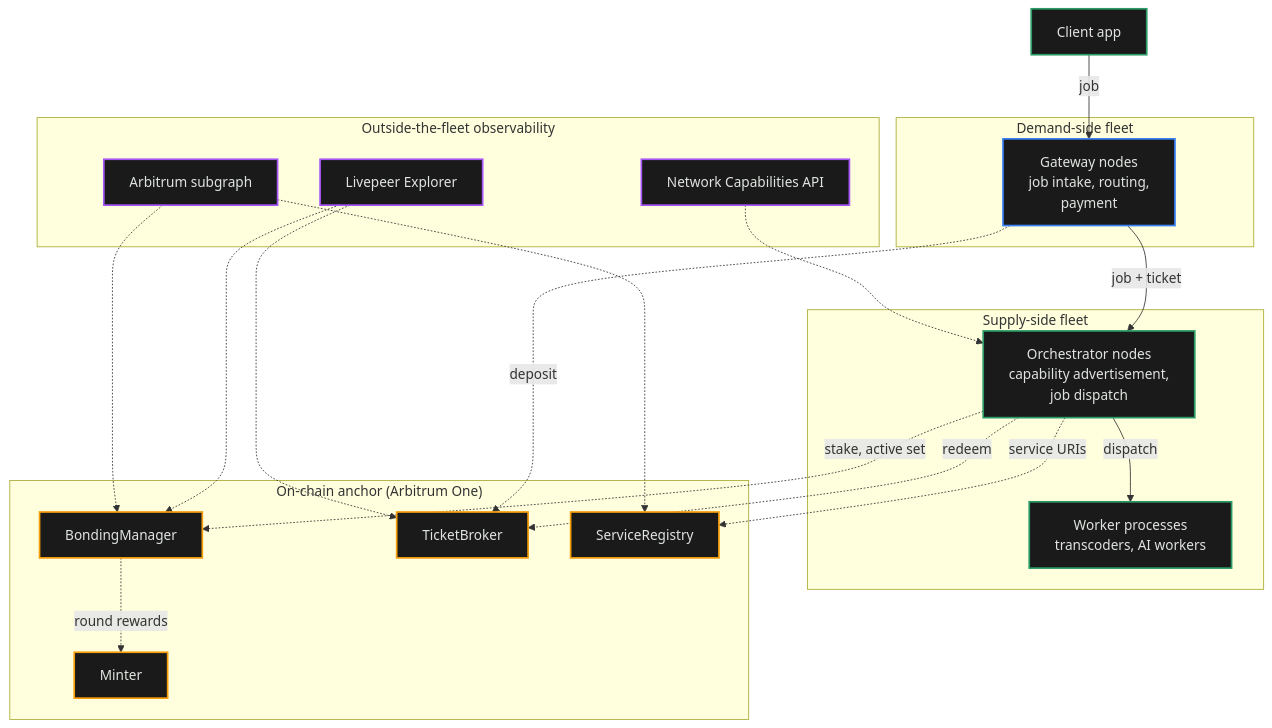
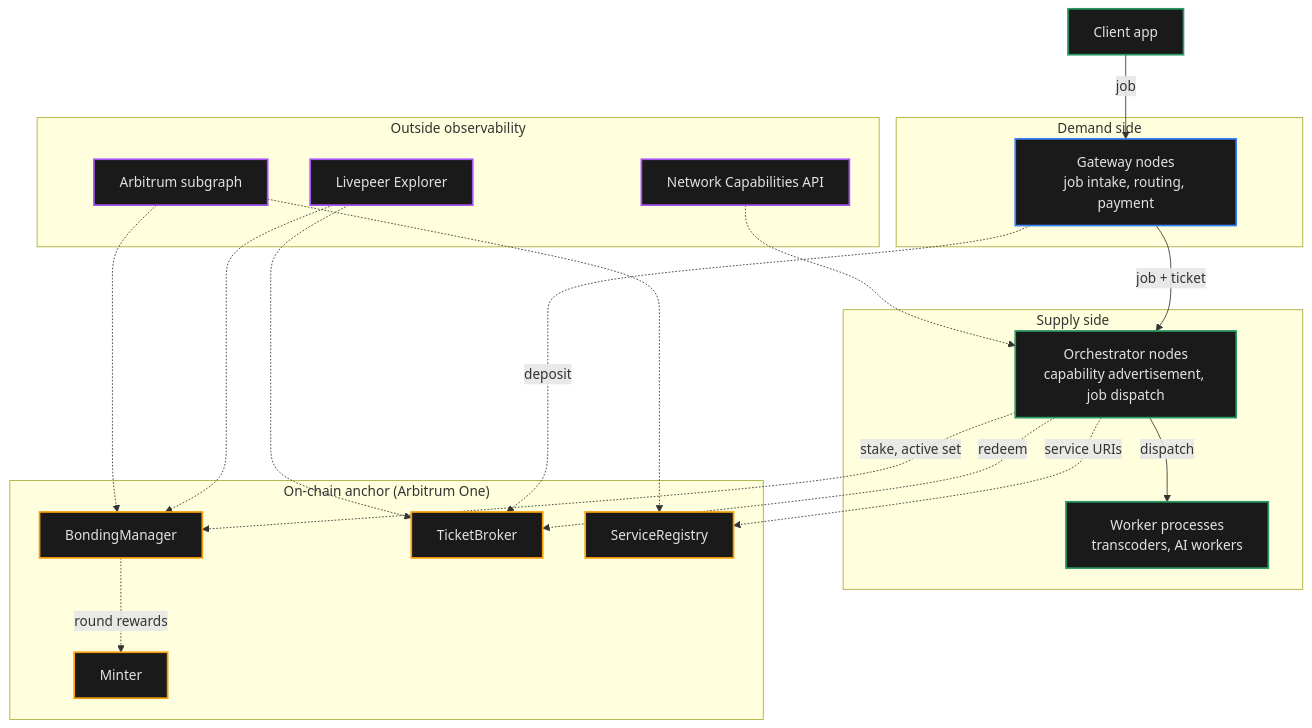
Before and after one commit to livepeer/docs: the first of 2 diagrams in v2/about/network/architecture.mdx, drawn with Mermaid. The commit also changed other lines of this file and 32 other files, not shown here.

````diff
--- a/v2/about/network/architecture.mdx
+++ b/v2/about/network/architecture.mdx
@@ -74,48 +78,48 @@
 ```mermaid
 %%{init: {'theme': 'base', 'themeVariables': { 'primaryColor': '#1a1a1a', 'primaryTextColor': '#E0E4E0', 'primaryBorderColor': '#2b9a66', 'lineColor': '#2b9a66', 'secondaryColor': '#0d0d0d', 'tertiaryColor': '#1a1a1a', 'background': '#0d0d0d', 'fontFamily': "Inter, 'Inter Fallback', -apple-system, system-ui" }}}%%
 flowchart TB
     classDef default fill:#1a1a1a,color:#E0E4E0,stroke:#2b9a66,stroke-width:2px
     classDef gw fill:#1a1a1a,color:#E0E4E0,stroke:#3b82f6,stroke-width:2px
     classDef orch fill:#1a1a1a,color:#E0E4E0,stroke:#2b9a66,stroke-width:2px
     classDef chain fill:#1a1a1a,color:#E0E4E0,stroke:#f59e0b,stroke-width:2px
     classDef obs fill:#1a1a1a,color:#E0E4E0,stroke:#a855f7,stroke-width:2px
 
     Client["Client app"]:::default
 
-    subgraph DemandSide["Demand-side fleet"]
-        Gateway["Gateway nodes<br/>job intake, routing,<br/>payment"]:::gw
+    subgraph DemandSide["Demand side"]
+        Gateway["Gateway nodes<br/>job intake, routing, payment"]:::gw
     end
 
-    subgraph SupplySide["Supply-side fleet"]
-        Orch["Orchestrator nodes<br/>capability advertisement,<br/>job dispatch"]:::orch
+    subgraph SupplySide["Supply side"]
+        Orch["Orchestrator nodes<br/>capability advertisement, job dispatch"]:::orch
         Workers["Worker processes<br/>transcoders, AI workers"]:::orch
     end
 
     subgraph OnChain["On-chain anchor (Arbitrum One)"]
         Bond["BondingManager"]:::chain
         Broker["TicketBroker"]:::chain
         Registry["ServiceRegistry"]:::chain
         Minter["Minter"]:::chain
     end
 
-    subgraph Outside["Outside-the-fleet observability"]
+    subgraph Outside["Outside observability"]
         Explorer["Livepeer Explorer"]:::obs
         Subgraph["Arbitrum subgraph"]:::obs
         CapsAPI["Network Capabilities API"]:::obs
     end
 
     Client -->|job| Gateway
     Gateway -->|job + ticket| Orch
     Orch -->|dispatch| Workers
     Orch -.->|stake, active set| Bond
     Gateway -.->|deposit| Broker
     Orch -.->|redeem| Broker
     Orch -.->|service URIs| Registry
     Bond -.->|round rewards| Minter
 
     Explorer -.-> Bond
     Explorer -.-> Broker
     Subgraph -.-> Bond
     Subgraph -.-> Registry
     CapsAPI -.-> Orch
 ```
````
